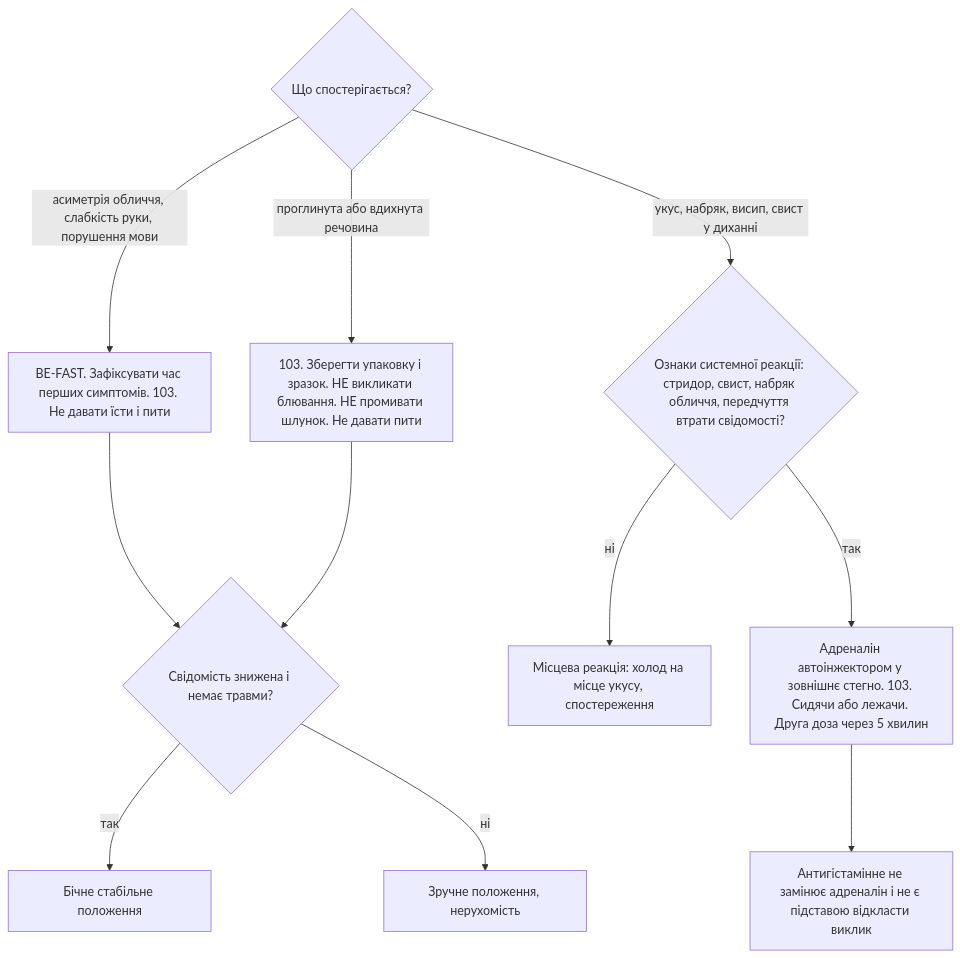
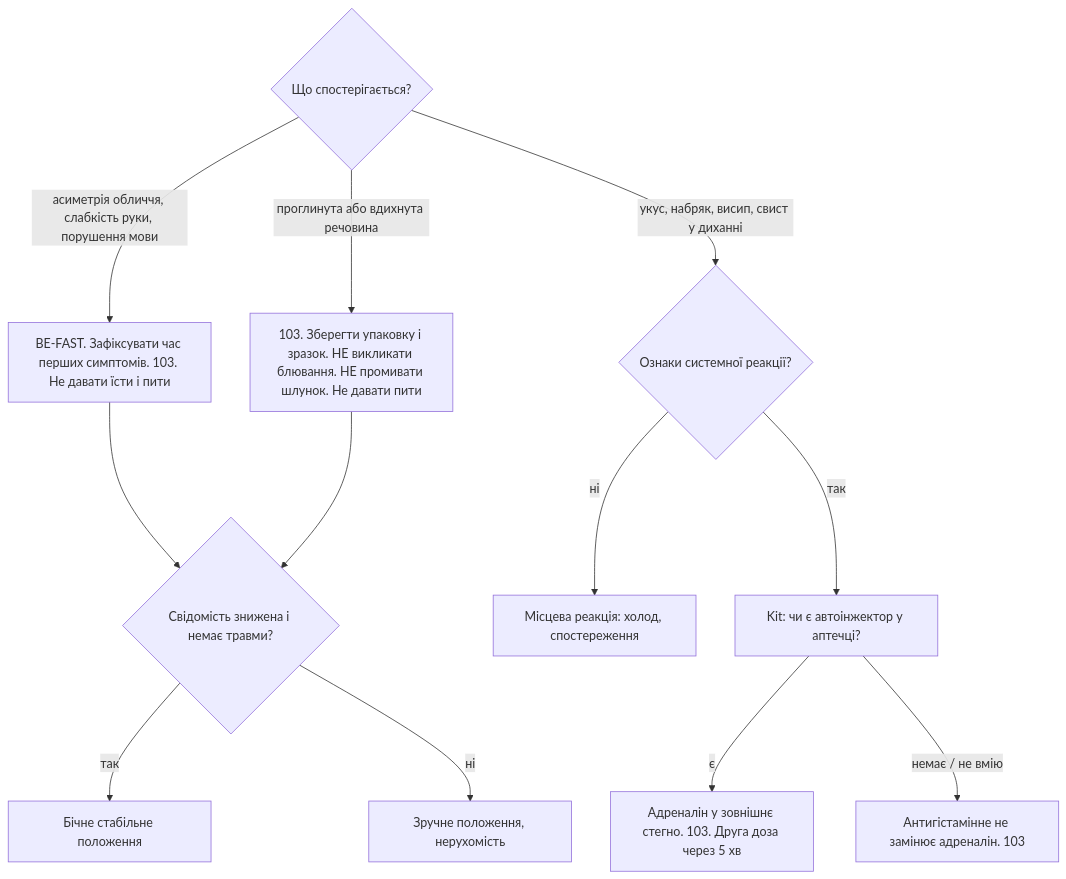
One commit to kaiserdem/ZeroEchelon changed diagram 11 of 12 in docs/04-блок-схеми.md. Above: the diagram before and after it, drawn with Mermaid. The commit also changed other lines of this file and 5 other files, not shown here.

````diff
--- a/docs/04-блок-схеми.md
+++ b/docs/04-блок-схеми.md
@@ -247,14 +269,15 @@
 ```mermaid
 flowchart TD
   J0{"Що спостерігається?"}
   J0 -->|"асиметрія обличчя, слабкість руки, порушення мови"| Str["BE-FAST. Зафіксувати час перших симптомів. 103. Не давати їсти і пити"]
   J0 -->|"проглинута або вдихнута речовина"| Poi["103. Зберегти упаковку і зразок. НЕ викликати блювання. НЕ промивати шлунок. Не давати пити"]
-  J0 -->|"укус, набряк, висип, свист у диханні"| Ana{"Ознаки системної реакції: стридор, свист, набряк обличчя, передчуття втрати свідомості?"}
-  Ana -->|"так"| Adr["Адреналін автоінжектором у зовнішнє стегно. 103. Сидячи або лежачи. Друга доза через 5 хвилин"]
-  Ana -->|"ні"| Local["Місцева реакція: холод на місце укусу, спостереження"]
-  Adr --> NoAnti["Антигістамінне не замінює адреналін і не є підставою відкласти виклик"]
+  J0 -->|"укус, набряк, висип, свист у диханні"| Ana{"Ознаки системної реакції?"}
+  Ana -->|"так"| Kit["Kit: чи є автоінжектор у аптечці?"]
+  Kit -->|"є"| Adr["Адреналін у зовнішнє стегно. 103. Друга доза через 5 хв"]
+  Kit -->|"немає / не вмію"| NoAnti["Антигістамінне не замінює адреналін. 103"]
+  Ana -->|"ні"| Local["Місцева реакція: холод, спостереження"]
   Str --> Pos{"Свідомість знижена і немає травми?"}
   Poi --> Pos
   Pos -->|"так"| Side["Бічне стабільне положення"]
   Pos -->|"ні"| Comf["Зручне положення, нерухомість"]
 ```
````
